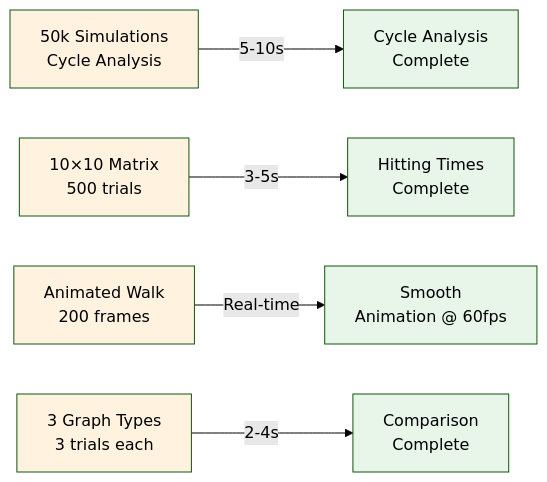
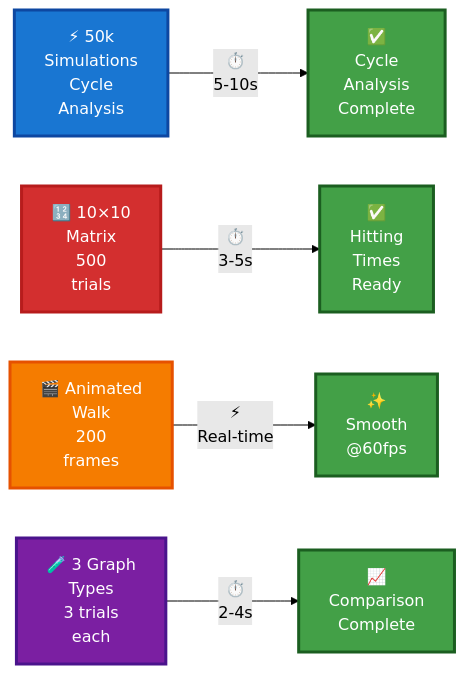
One commit to eric157/chrono-walk changed the second of 3 diagrams in README.md. Above: the diagram before and after it, drawn with Mermaid (forest theme). The commit also changed other lines of this file, not shown here.

Commit message:
Enhance visual design: vibrant mermaid diagrams, ASCII art boxes, better contrast, emojis, improved readability

````diff
--- a/README.md
+++ b/README.md
@@ -178,16 +265,16 @@
 ```mermaid
 graph LR
-    A["50k Simulations<br/>Cycle Analysis"] -->|5-10s| B["Cycle Analysis<br/>Complete"]
-    C["10×10 Matrix<br/>500 trials"] -->|3-5s| D["Hitting Times<br/>Complete"]
-    E["Animated Walk<br/>200 frames"] -->|Real-time| F["Smooth<br/>Animation @ 60fps"]
-    G["3 Graph Types<br/>3 trials each"] -->|2-4s| H["Comparison<br/>Complete"]
+    A["⚡ 50k<br/>Simulations<br/>Cycle<br/>Analysis"] -->|⏱️<br/>5-10s| B["✅<br/>Cycle<br/>Analysis<br/>Complete"]
+    C["🔢 10×10<br/>Matrix<br/>500<br/>trials"] -->|⏱️<br/>3-5s| D["✅<br/>Hitting<br/>Times<br/>Ready"]
+    E["🎬 Animated<br/>Walk<br/>200<br/>frames"] -->|⚡<br/>Real-time| F["✨<br/>Smooth<br/>@60fps"]
+    G["🧪 3 Graph<br/>Types<br/>3 trials<br/>each"] -->|⏱️<br/>2-4s| H["📈<br/>Comparison<br/>Complete"]
     
-    style A fill:#fff3e0
-    style B fill:#e8f5e9
-    style C fill:#fff3e0
-    style D fill:#e8f5e9
-    style E fill:#fff3e0
-    style F fill:#e8f5e9
-    style G fill:#fff3e0
-    style H fill:#e8f5e9
+    style A fill:#1976d2,stroke:#0d47a1,color:#fff,stroke-width:3px
+    style B fill:#43a047,stroke:#1b5e20,color:#fff,stroke-width:3px
+    style C fill:#d32f2f,stroke:#b71c1c,color:#fff,stroke-width:3px
+    style D fill:#43a047,stroke:#1b5e20,color:#fff,stroke-width:3px
+    style E fill:#f57c00,stroke:#e65100,color:#fff,stroke-width:3px
+    style F fill:#43a047,stroke:#1b5e20,color:#fff,stroke-width:3px
+    style G fill:#7b1fa2,stroke:#4a148c,color:#fff,stroke-width:3px
+    style H fill:#43a047,stroke:#1b5e20,color:#fff,stroke-width:3px
 ```
````
